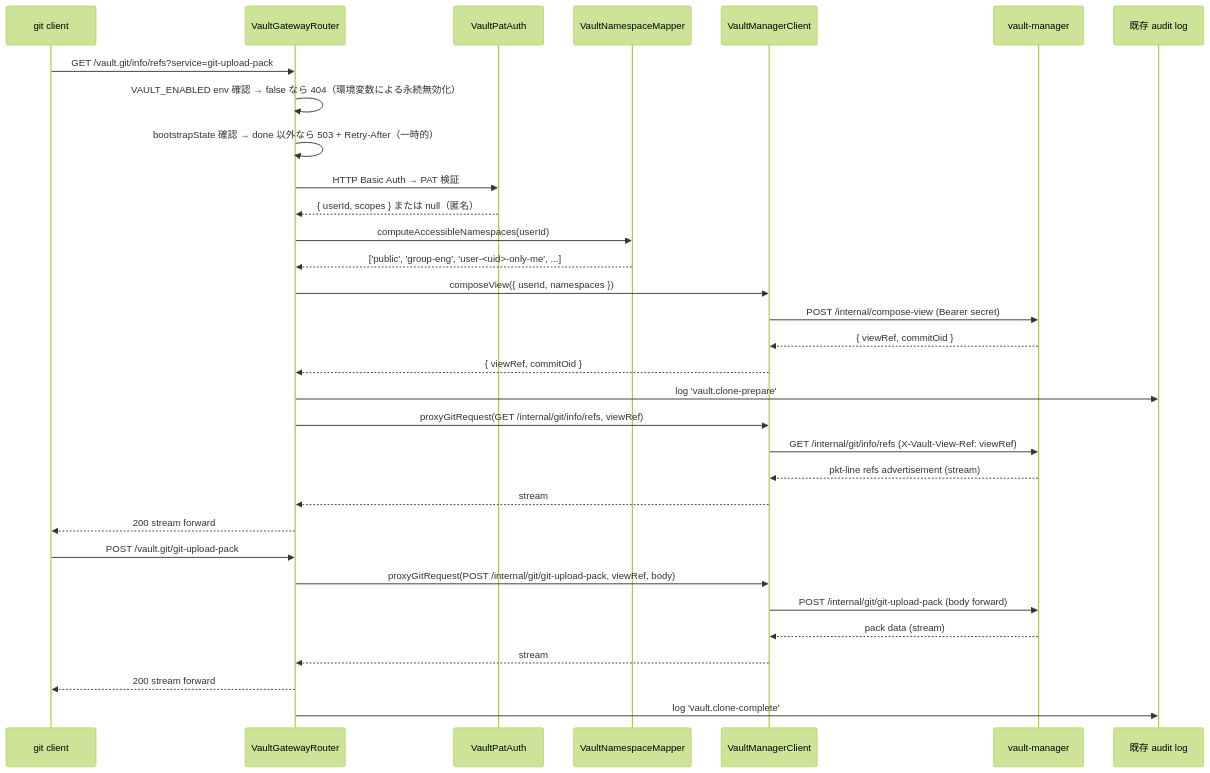
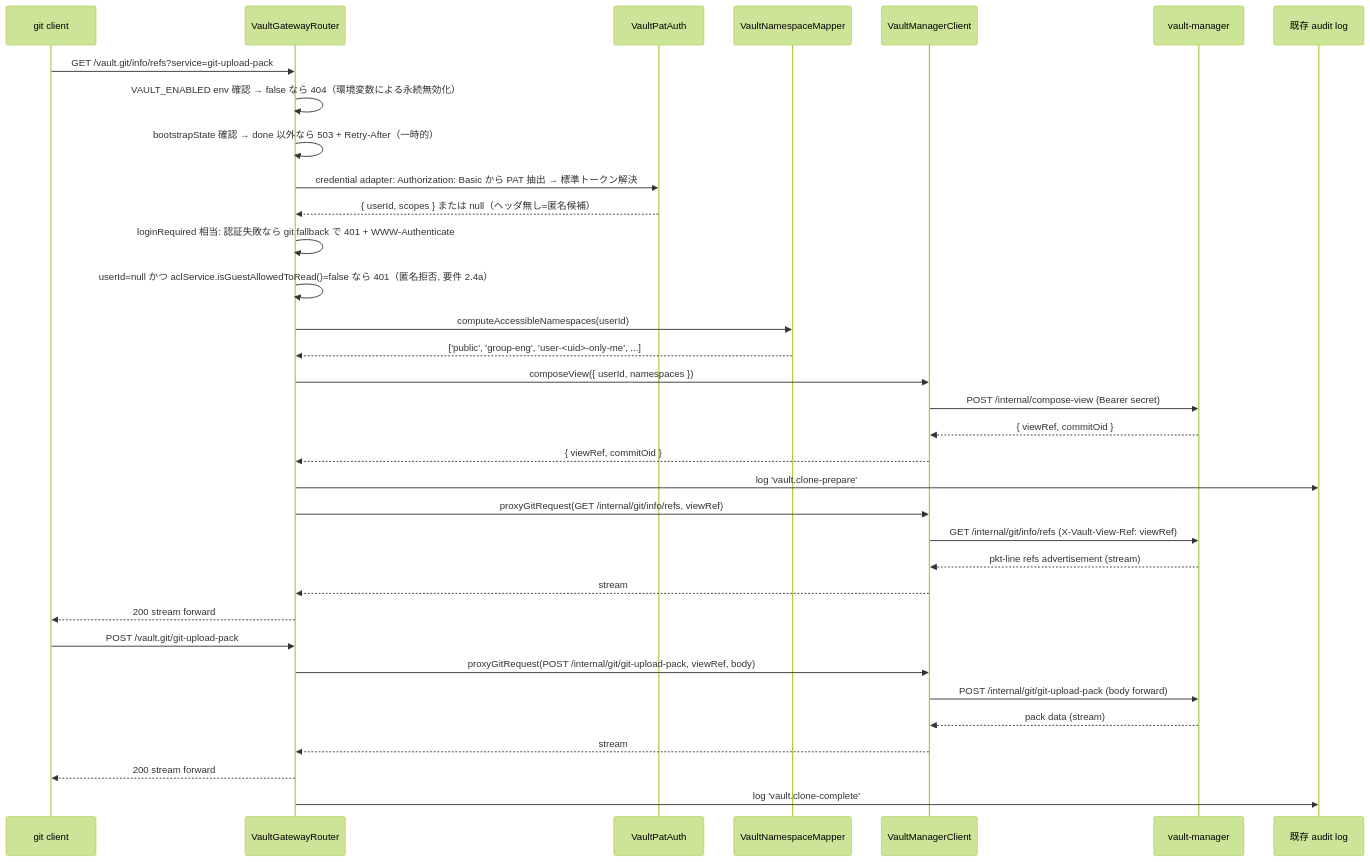
The second of 4 diagrams in .kiro/specs/growi-vault-gateway/design.md (growilabs/growi), drawn with Mermaid (forest theme) before and after one commit. The commit also changed other lines of this file and 2 other files, not shown here.

Commit message:
fix: update requirements and spec for growi-vault-gateway to address ACL guest-mode bypass and align with standard middleware composition

````diff
--- a/.kiro/specs/growi-vault-gateway/design.md
+++ b/.kiro/specs/growi-vault-gateway/design.md
@@ -171,36 +175,38 @@
 ```mermaid
 sequenceDiagram
     participant Cli as git client
     participant App as VaultGatewayRouter
     participant Auth as VaultPatAuth
     participant Map as VaultNamespaceMapper
     participant Client as VaultManagerClient
     participant VM as vault-manager
     participant Audit as 既存 audit log
 
     Cli->>App: GET /vault.git/info/refs?service=git-upload-pack
     App->>App: VAULT_ENABLED env 確認 → false なら 404（環境変数による永続無効化）
     App->>App: bootstrapState 確認 → done 以外なら 503 + Retry-After（一時的）
-    App->>Auth: HTTP Basic Auth → PAT 検証
-    Auth-->>App: { userId, scopes } または null（匿名）
+    App->>Auth: credential adapter: Authorization: Basic から PAT 抽出 → 標準トークン解決
+    Auth-->>App: { userId, scopes } または null（ヘッダ無し=匿名候補）
+    App->>App: loginRequired 相当: 認証失敗なら git fallback で 401 + WWW-Authenticate
+    App->>App: userId=null かつ aclService.isGuestAllowedToRead()=false なら 401（匿名拒否, 要件 2.4a）
     App->>Map: computeAccessibleNamespaces(userId)
     Map-->>App: ['public', 'group-eng', 'user-<uid>-only-me', ...]
     App->>Client: composeView({ userId, namespaces })
     Client->>VM: POST /internal/compose-view (Bearer secret)
     VM-->>Client: { viewRef, commitOid }
     Client-->>App: { viewRef, commitOid }
     App->>Audit: log 'vault.clone-prepare'
     App->>Client: proxyGitRequest(GET /internal/git/info/refs, viewRef)
     Client->>VM: GET /internal/git/info/refs (X-Vault-View-Ref: viewRef)
     VM-->>Client: pkt-line refs advertisement (stream)
     Client-->>App: stream
     App-->>Cli: 200 stream forward
 
     Cli->>App: POST /vault.git/git-upload-pack
     App->>Client: proxyGitRequest(POST /internal/git/git-upload-pack, viewRef, body)
     Client->>VM: POST /internal/git/git-upload-pack (body forward)
     VM-->>Client: pack data (stream)
     Client-->>App: stream
     App-->>Cli: 200 stream forward
     App->>Audit: log 'vault.clone-complete'
 ```
````
